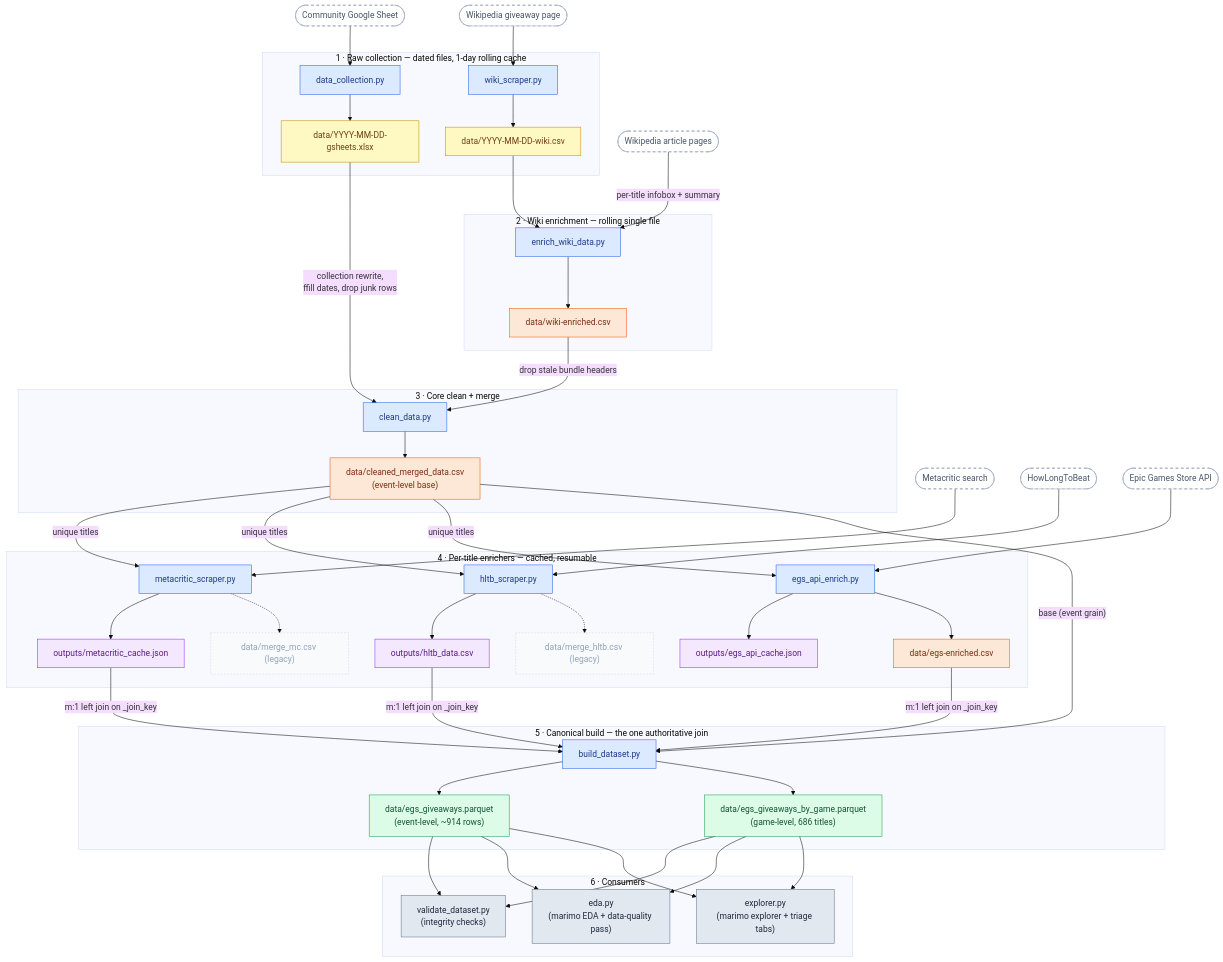
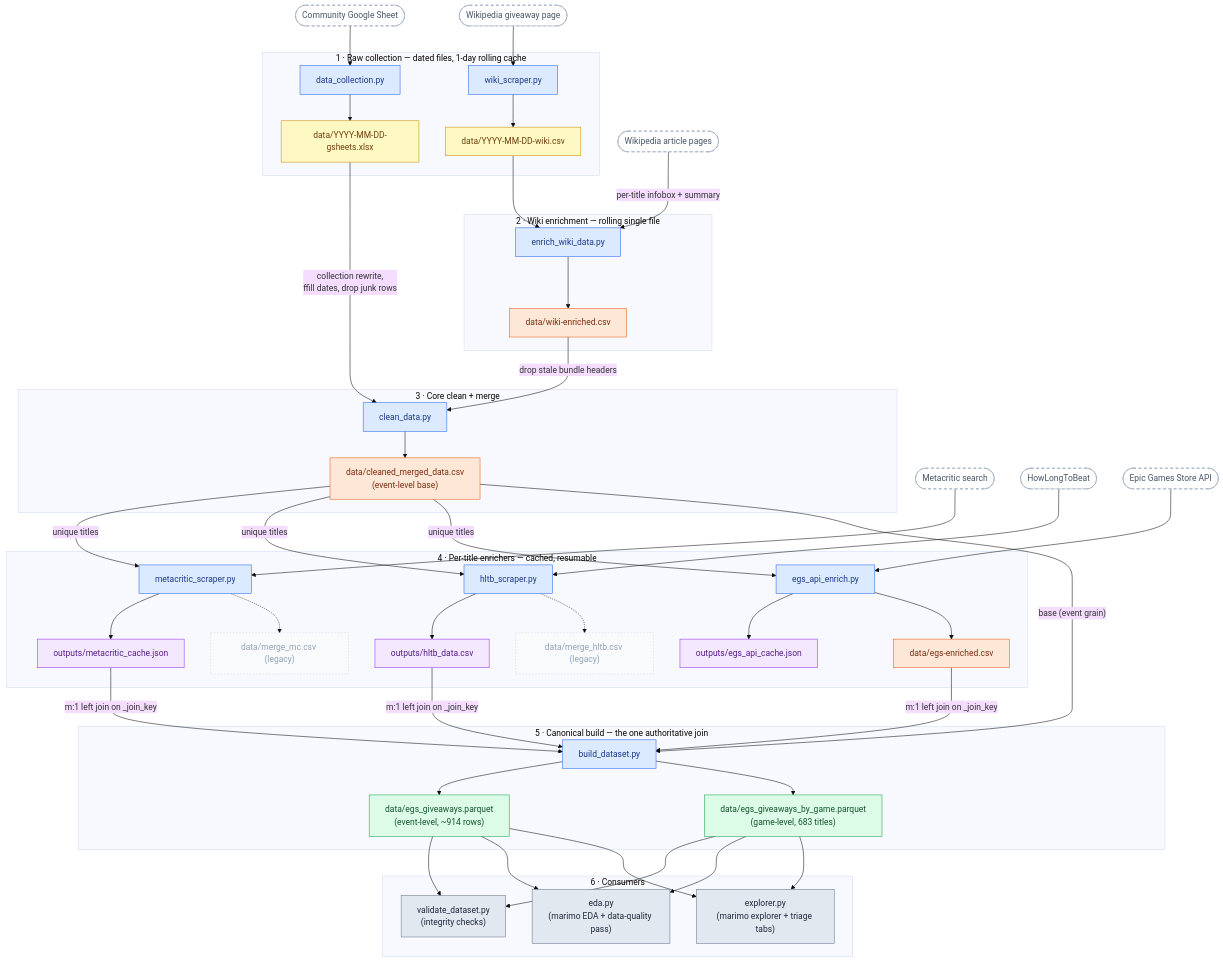
The diagram in DIAGRAM.md (dylanbay11/EGS_project), drawn with Mermaid (base theme) before and after one commit. The commit also changed other lines of this file and 12 other files, not shown here.

```diff
--- a/DIAGRAM.md
+++ b/DIAGRAM.md
@@ -90,7 +90,7 @@
     subgraph S5["5 · Canonical build — the one authoritative join"]
         BD["build_dataset.py"]:::script
         EV["data/egs_giveaways.parquet<br>(event-level, ~914 rows)"]:::final
-        GM["data/egs_giveaways_by_game.parquet<br>(game-level, 686 titles)"]:::final
+        GM["data/egs_giveaways_by_game.parquet<br>(game-level, 683 titles)"]:::final
         BD --> EV
         BD --> GM
     end
```
